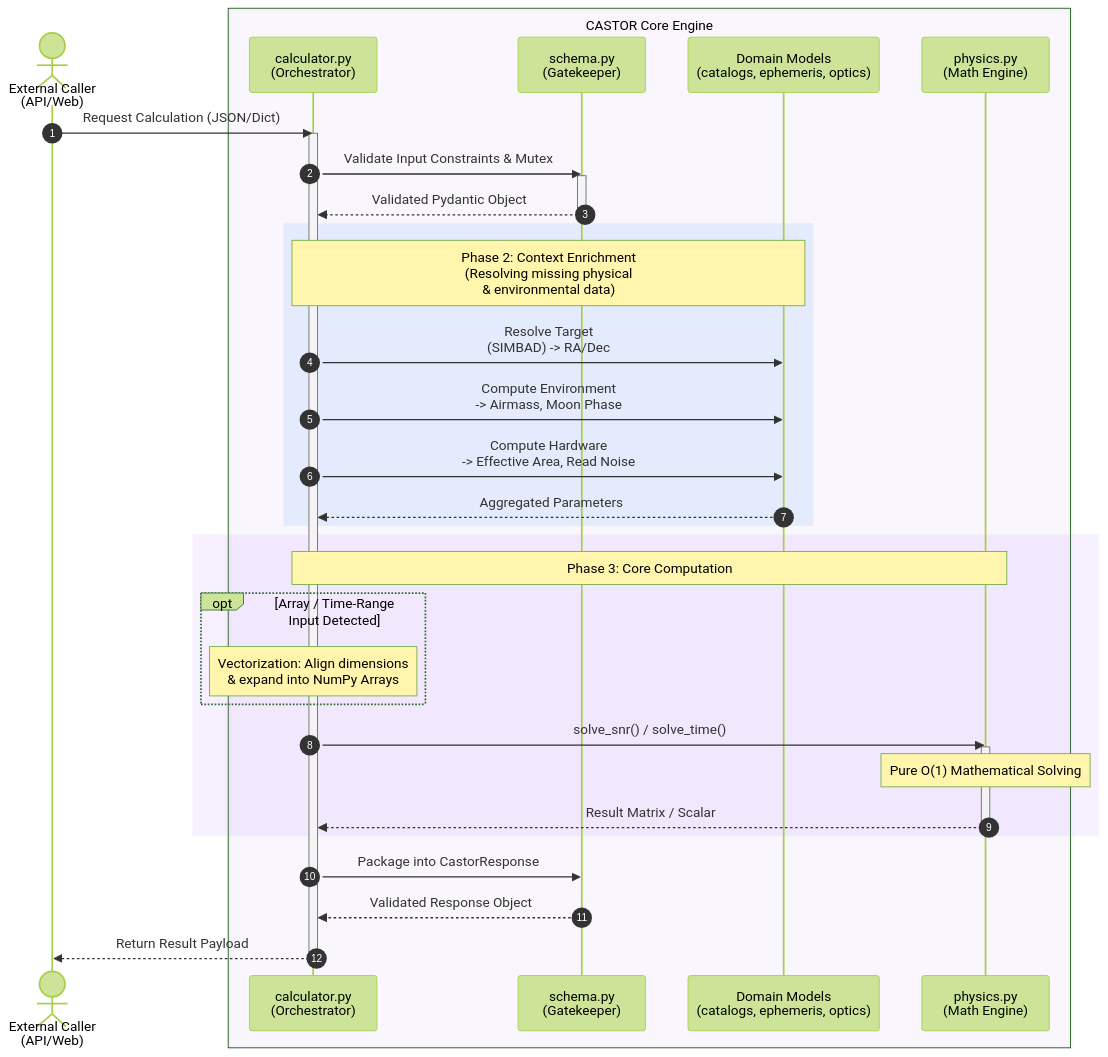
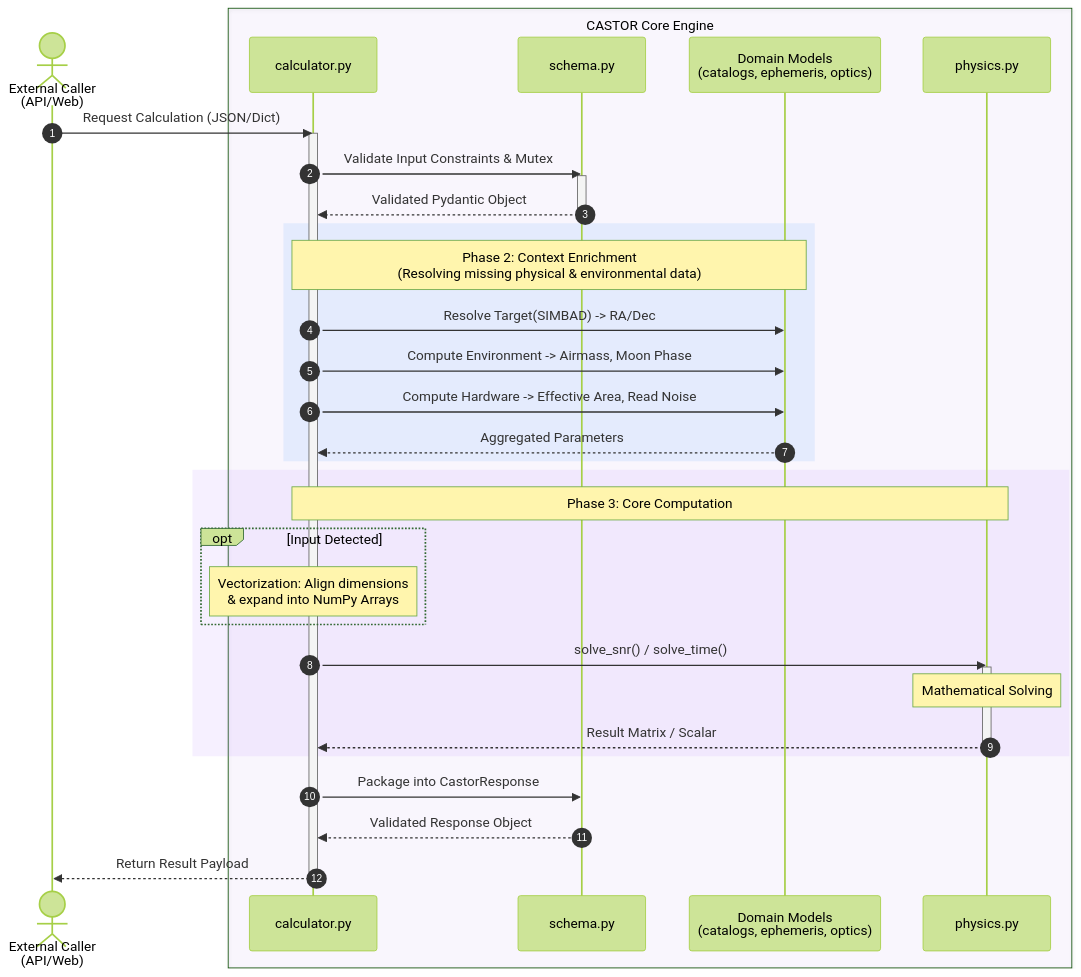
Before and after one commit to happpycorn/CASTOR: the second of 2 diagrams in docs/architecture.md, drawn with Mermaid (forest theme).

Commit message:
update mermaid

````diff
--- a/docs/architecture.md
+++ b/docs/architecture.md
@@ -163,55 +163,55 @@
 ```mermaid
 sequenceDiagram
     autonumber
     
     %% 將過長的名字加上 <br/> 來節省橫向空間
     actor Client as External Caller<br/>(API/Web)
     
     %% 使用 rgba 產生淡淡的紫色光暈，對齊 Flowchart 的 CASTOR 外框
     box rgba(168, 113, 255, 0.05) CASTOR Core Engine
-        participant Calc as calculator.py<br/>(Orchestrator)
-        participant Schema as schema.py<br/>(Gatekeeper)
+        participant Calc as calculator.py
+        participant Schema as schema.py
         participant Domain as Domain Models<br/>(catalogs, ephemeris, optics)
-        participant Physics as physics.py<br/>(Math Engine)
+        participant Physics as physics.py
     end
 
     %% Phase 1: Ingress & Validation
     Client->>Calc: Request Calculation (JSON/Dict)
     activate Calc
     Calc->>Schema: Validate Input Constraints & Mutex
     activate Schema
     Schema-->>Calc: Validated Pydantic Object
     deactivate Schema
 
     %% Phase 2: Context Enrichment (Kinder 藍色背景)
     rect rgba(43, 140, 255, 0.1)
-        Note over Calc, Domain: Phase 2: Context Enrichment<br/>(Resolving missing physical<br/>& environmental data)
+        Note over Calc, Domain: Phase 2: Context Enrichment<br/>(Resolving missing physical & environmental data)
         
         %% 將過長的動作標籤折行
-        Calc->>Domain: Resolve Target<br/>(SIMBAD) -> RA/Dec
-        Calc->>Domain: Compute Environment<br/>-> Airmass, Moon Phase
-        Calc->>Domain: Compute Hardware<br/>-> Effective Area, Read Noise
+        Calc->>Domain: Resolve Target(SIMBAD) -> RA/Dec
+        Calc->>Domain: Compute Environment -> Airmass, Moon Phase
+        Calc->>Domain: Compute Hardware -> Effective Area, Read Noise
         Domain-->>Calc: Aggregated Parameters
     end
 
     %% Phase 3: Core Computation (CASTOR 紫色背景)
     rect rgba(168, 113, 255, 0.1)
         Note over Calc, Physics: Phase 3: Core Computation
         
-        opt Array / Time-Range Input Detected
+        opt Input Detected
             Note over Calc: Vectorization: Align dimensions<br/>& expand into NumPy Arrays
         end
         
         Calc->>Physics: solve_snr() / solve_time()
         activate Physics
-        Note over Physics: Pure O(1) Mathematical Solving
+        Note over Physics: Mathematical Solving
         Physics-->>Calc: Result Matrix / Scalar
         deactivate Physics
     end
 
     %% Phase 4: Egress
     Calc->>Schema: Package into CastorResponse
     Schema-->>Calc: Validated Response Object
     Calc-->>Client: Return Result Payload
     deactivate Calc
 ```
````
